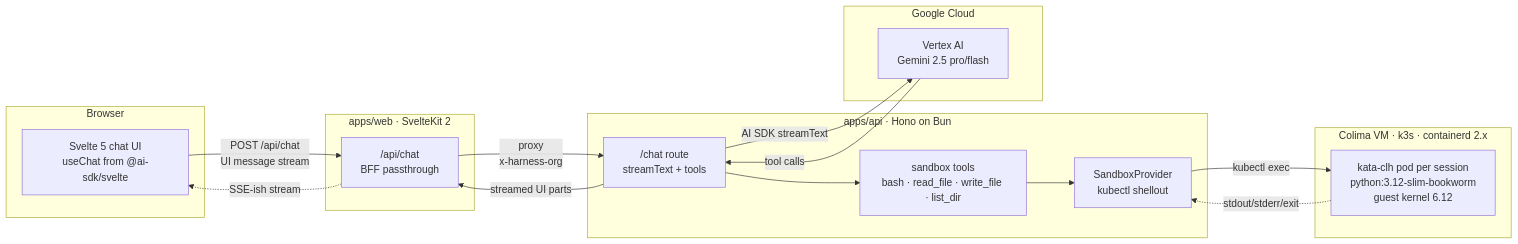
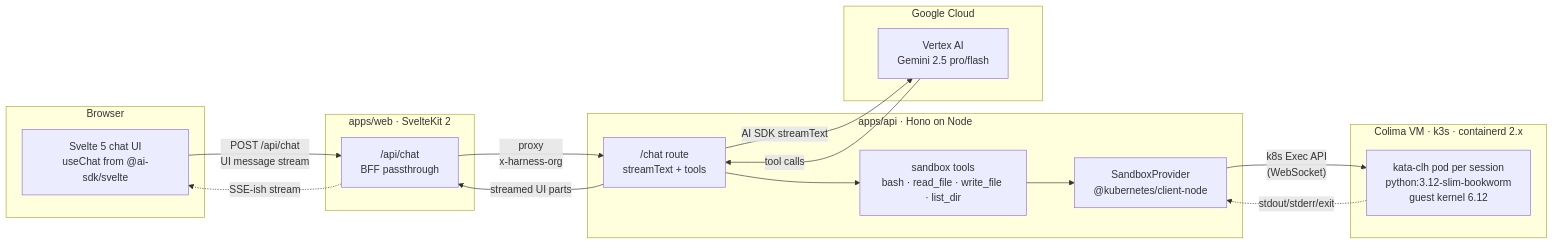
One commit to mikiastilahun/harness changed the first of 5 diagrams in README.md. Above: the diagram before and after it, drawn with Mermaid. The commit also changed other lines of this file and 5 other files, not shown here.

````diff
--- a/README.md
+++ b/README.md
@@ -34,35 +34,35 @@
 ```mermaid
 flowchart LR
   subgraph Browser
     UI[Svelte 5 chat UI<br/>useChat from @ai-sdk/svelte]
   end
 
   subgraph SvelteKit["apps/web · SvelteKit 2"]
     BFF["/api/chat<br/>BFF passthrough"]
   end
 
-  subgraph Hono["apps/api · Hono on Bun"]
+  subgraph Hono["apps/api · Hono on Node"]
     Chat["/chat route<br/>streamText + tools"]
     Tools["sandbox tools<br/>bash · read_file · write_file · list_dir"]
-    Provider["SandboxProvider<br/>kubectl shellout"]
+    Provider["SandboxProvider<br/>@kubernetes/client-node"]
   end
 
   subgraph GCP[Google Cloud]
     Vertex[Vertex AI<br/>Gemini 2.5 pro/flash]
   end
 
   subgraph Kata["Colima VM · k3s · containerd 2.x"]
     Pod["kata-clh pod per session<br/>python:3.12-slim-bookworm<br/>guest kernel 6.12"]
   end
 
   UI -->|"POST /api/chat<br/>UI message stream"| BFF
   BFF -->|"proxy<br/>x-harness-org"| Chat
   Chat -->|"AI SDK streamText"| Vertex
   Vertex -->|"tool calls"| Chat
   Chat --> Tools
   Tools --> Provider
-  Provider -->|"kubectl exec"| Pod
+  Provider -->|"k8s Exec API<br/>(WebSocket)"| Pod
   Pod -.->|"stdout/stderr/exit"| Provider
   Chat -->|"streamed UI parts"| BFF
   BFF -.->|"SSE-ish stream"| UI
 ```
````
